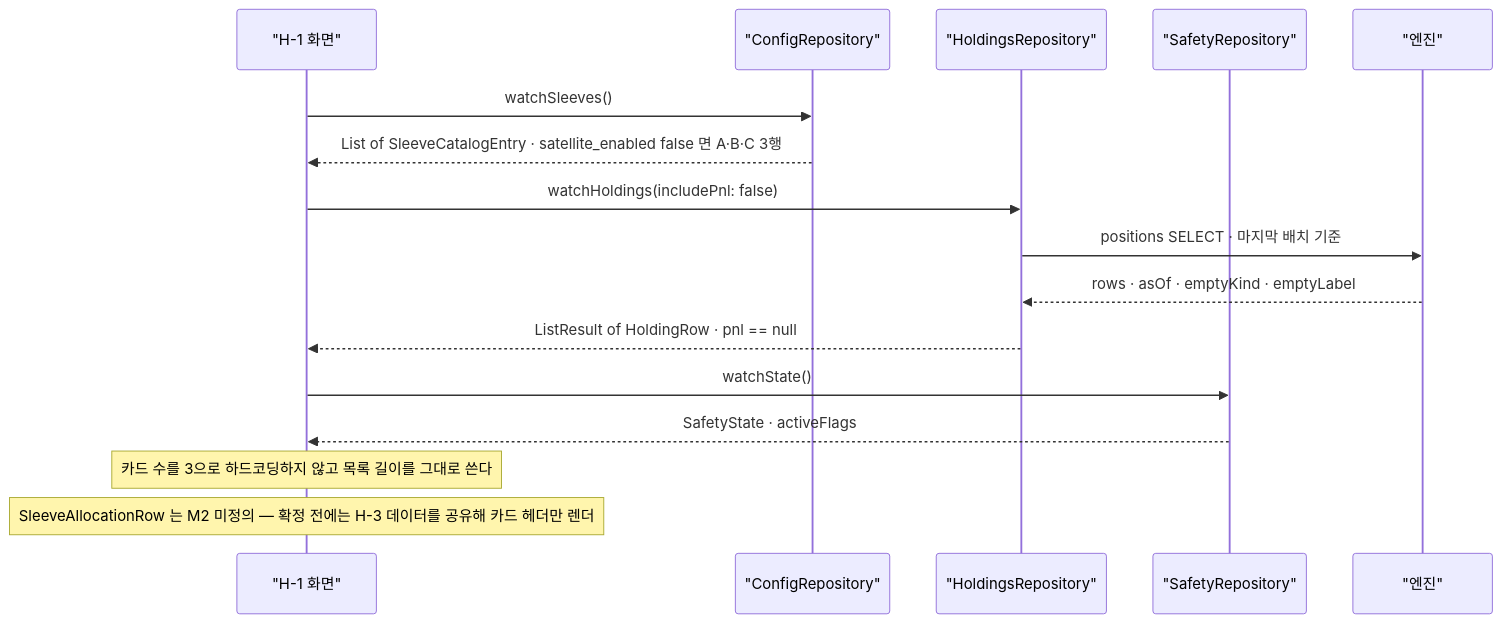
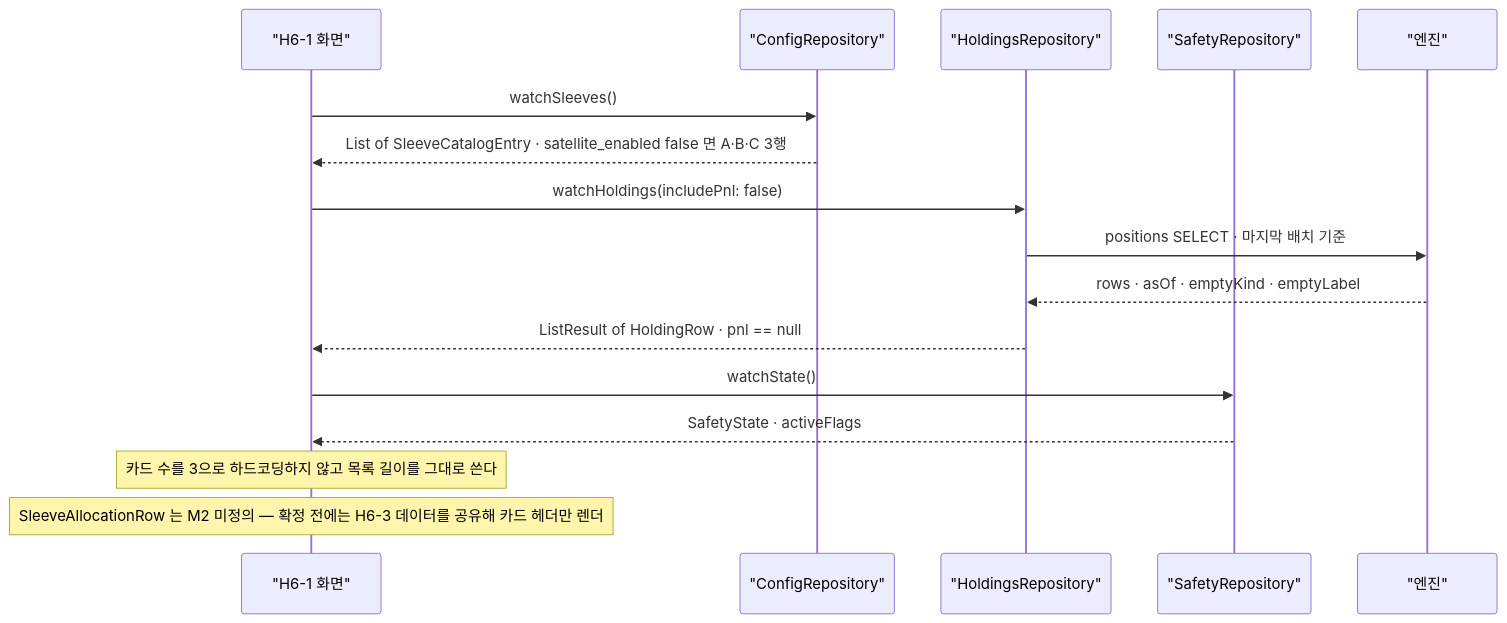
Diagram 21 of 27 in docs/ai-context/02_화면명세_M6_매매일지_보유현황.md (billybeom/AutoAlphaQuant), drawn with Mermaid before and after one commit. The commit also changed other lines of this file and 17 other files, not shown here.

````diff
--- a/docs/ai-context/02_화면명세_M6_매매일지_보유현황.md
+++ b/docs/ai-context/02_화면명세_M6_매매일지_보유현황.md
@@ -1242,18 +1247,18 @@
 ```mermaid
 sequenceDiagram
-  participant V as "H-1 화면"
+  participant V as "H6-1 화면"
   participant CR as "ConfigRepository"
   participant HR as "HoldingsRepository"
   participant SR as "SafetyRepository"
   participant EN as "엔진"
   V->>CR: watchSleeves()
   CR-->>V: List of SleeveCatalogEntry · satellite_enabled false 면 A·B·C 3행
   V->>HR: watchHoldings(includePnl: false)
   HR->>EN: positions SELECT · 마지막 배치 기준
   EN-->>HR: rows · asOf · emptyKind · emptyLabel
   HR-->>V: ListResult of HoldingRow · pnl == null
   V->>SR: watchState()
   SR-->>V: SafetyState · activeFlags
   Note over V: 카드 수를 3으로 하드코딩하지 않고 목록 길이를 그대로 쓴다
-  Note over V: SleeveAllocationRow 는 M2 미정의 — 확정 전에는 H-3 데이터를 공유해 카드 헤더만 렌더
+  Note over V: SleeveAllocationRow 는 M2 미정의 — 확정 전에는 H6-3 데이터를 공유해 카드 헤더만 렌더
 ```
````
